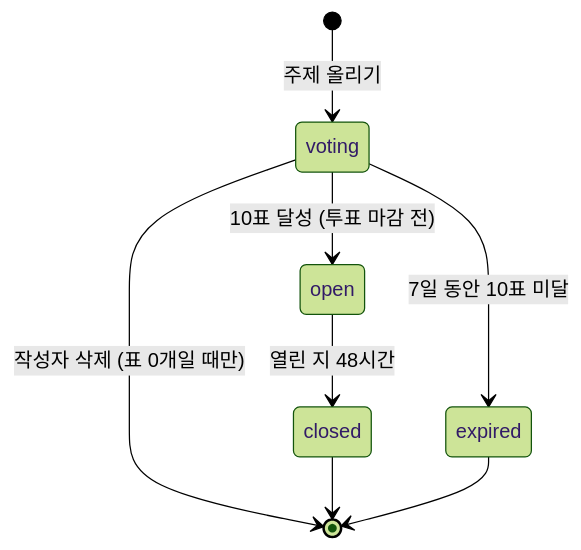
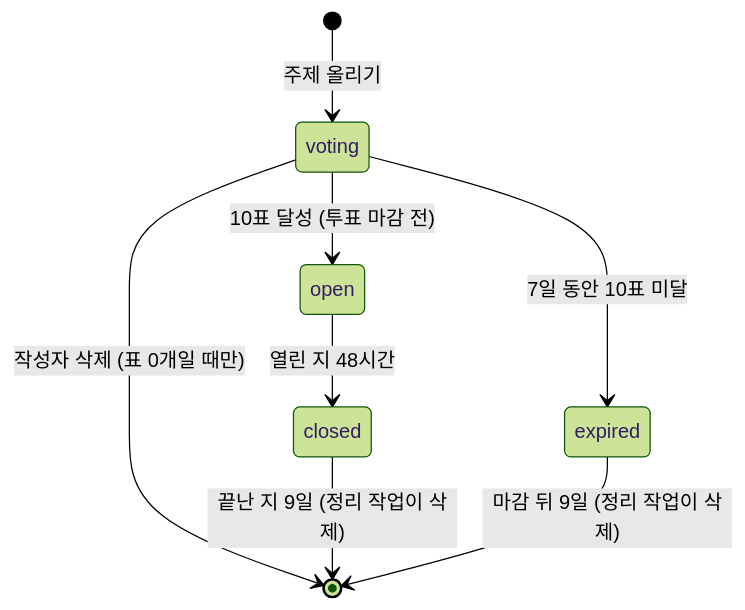
One commit to Por0ri/me-and-nu changed the second of 2 diagrams in docs/DEBATE_BACKEND_DESIGN_2026-11-19.md. Above: the diagram before and after it, drawn with Mermaid (forest theme). The commit also changed other lines of this file and 6 other files, not shown here.

````diff
--- a/docs/DEBATE_BACKEND_DESIGN_2026-11-19.md
+++ b/docs/DEBATE_BACKEND_DESIGN_2026-11-19.md
@@ -125,10 +125,10 @@
 ```mermaid
 stateDiagram-v2
     [*] --> voting: 주제 올리기
     voting --> open: 10표 달성 (투표 마감 전)
     voting --> expired: 7일 동안 10표 미달
     voting --> [*]: 작성자 삭제 (표 0개일 때만)
     open --> closed: 열린 지 48시간
-    closed --> [*]
-    expired --> [*]
+    closed --> [*]: 끝난 지 9일 (정리 작업이 삭제)
+    expired --> [*]: 마감 뒤 9일 (정리 작업이 삭제)
 ```
````
